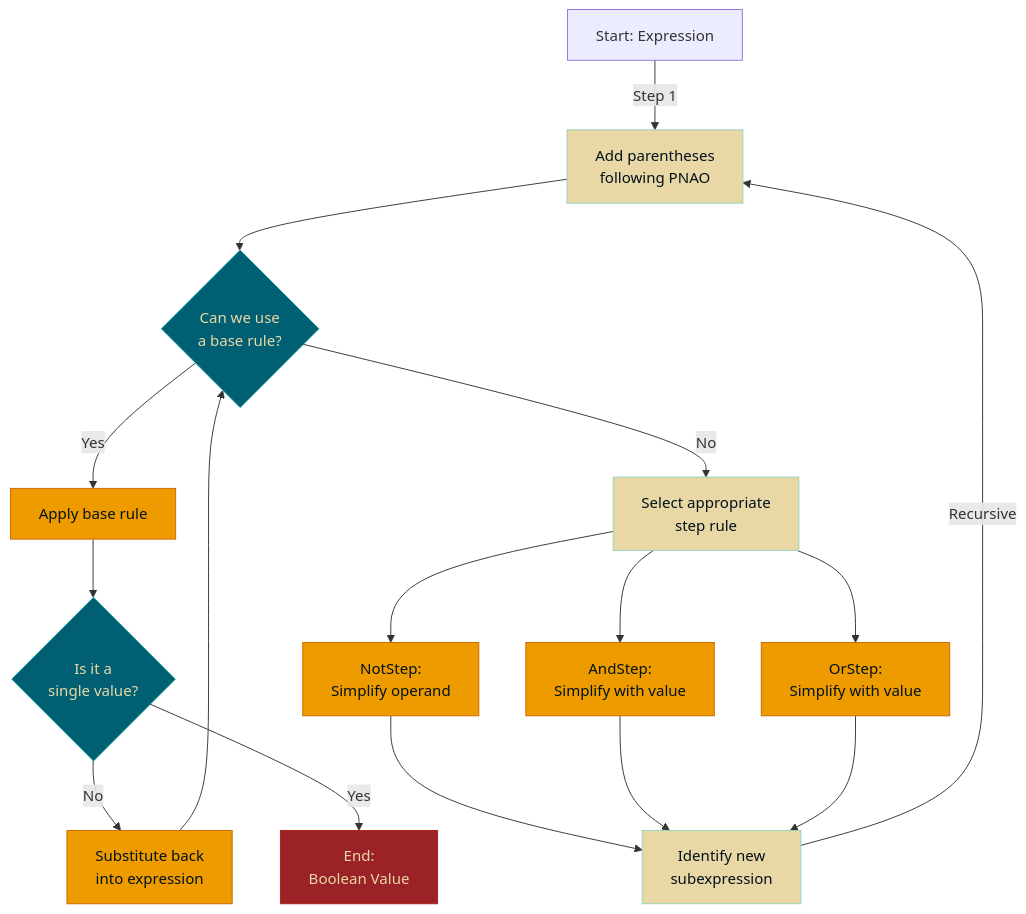
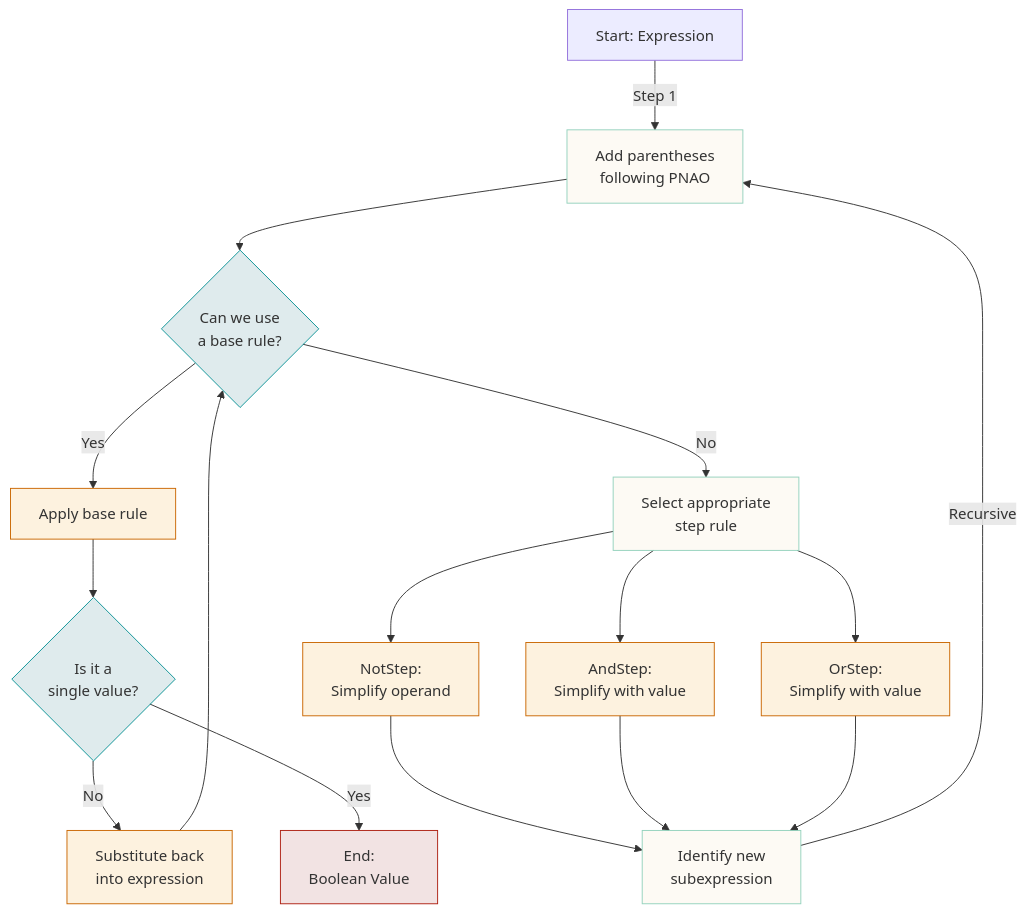
The third of 3 diagrams in content/Chapter 1.1 - Booleans.md (Fundamentals-of-Computer-Science/FunCS), drawn with Mermaid before and after one commit. The commit also changed other lines of this file and 3 other files, not shown here.

````diff
--- a/content/Chapter 1.1 - Booleans.md
+++ b/content/Chapter 1.1 - Booleans.md
@@ -344,21 +338,23 @@
 ```mermaid
 %%{init: {'flowchart': {'width': 500, 'useMaxWidth': true}}}%%
 flowchart TB
-    classDef primary fill:#e9d8a6,stroke:#94d2bd,color:#001219
-    classDef secondary fill:#ee9b00,stroke:#ca6702,color:#001219
-    classDef decision fill:#005f73,stroke:#0a9396,color:#e9d8a6
-    classDef terminal fill:#9b2226,stroke:#ae2012,color:#e9d8a6
+    %% Using rgba for fill colors to add transparency
+    classDef primary fill:#e9d8a620,stroke:#94d2bd
+    classDef secondary fill:#ee9b0020,stroke:#ca6702
+    classDef decision fill:#005f7320,stroke:#0a9396
+    classDef terminal fill:#9b222620,stroke:#ae2012
+    
     A[Start: Expression] -->|Step 1| B[Add parentheses<br>following PNAO]:::primary
     B --> C{Can we use<br>a base rule?}:::decision
     C -->|Yes| D[Apply base rule]:::secondary
     C -->|No| E[Select appropriate<br>step rule]:::primary
     E --> F[NotStep:<br>Simplify operand]:::secondary
     E --> G[AndStep:<br>Simplify with value]:::secondary
     E --> H[OrStep:<br>Simplify with value]:::secondary
     F & G & H --> I[Identify new<br>subexpression]:::primary
     I -->|Recursive| B
     D --> J{Is it a<br>single value?}:::decision
     J -->|No| K[Substitute back<br>into expression]:::secondary
     K --> C
     J -->|Yes| L[End:<br>Boolean Value]:::terminal
 ```
````
